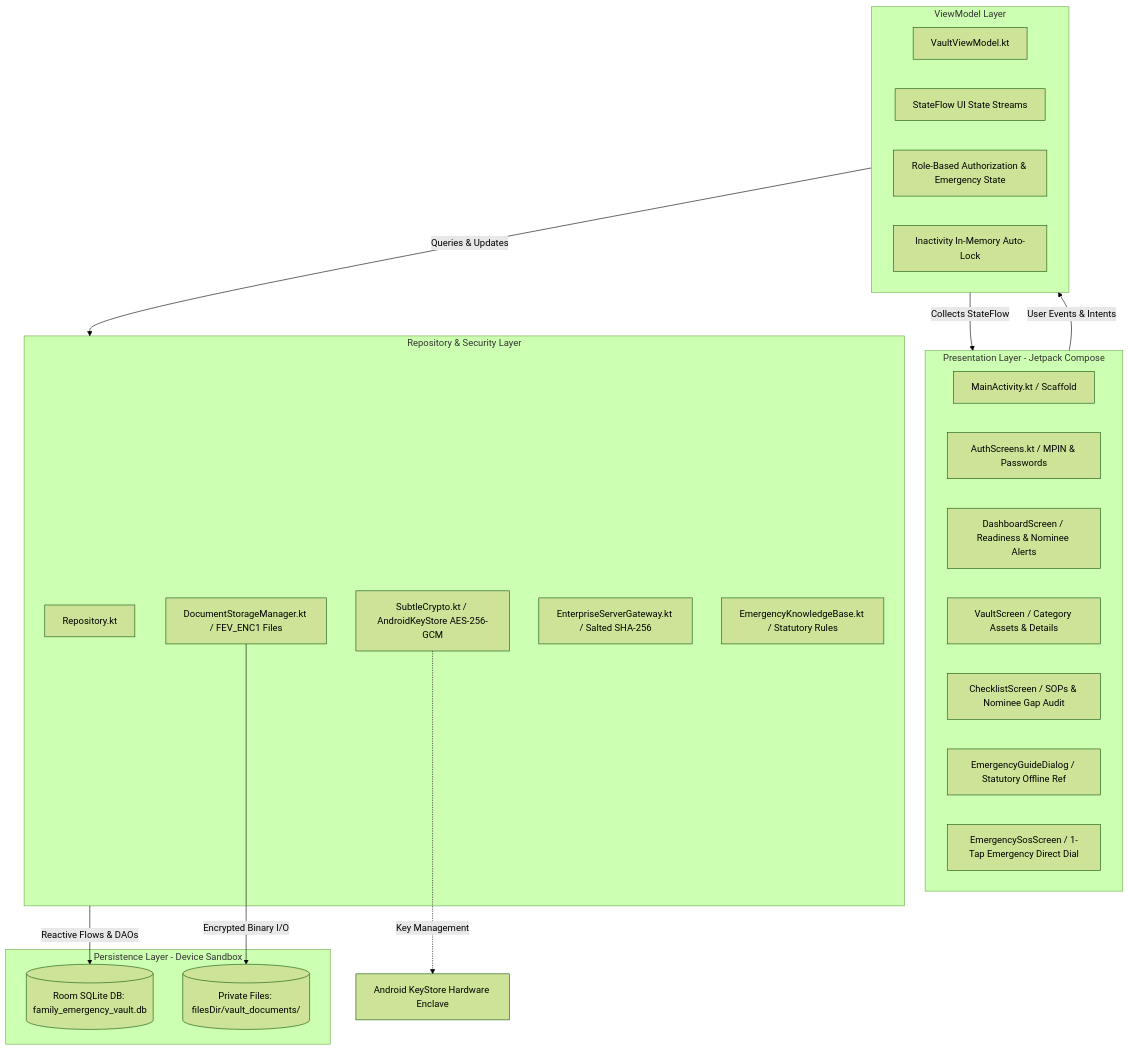
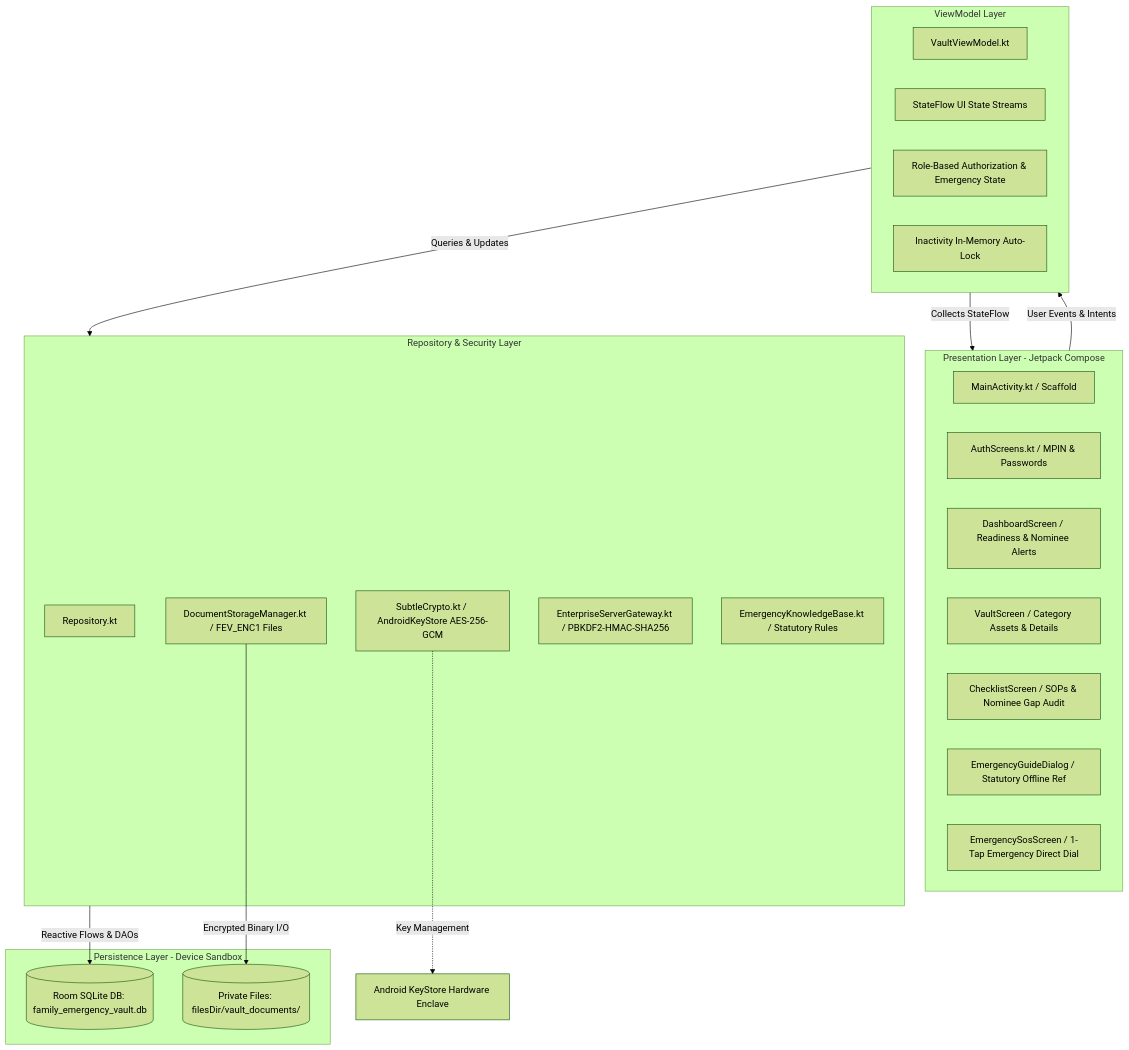
One commit to asm59-345/Family-Emergency-Vault- changed the first of 3 diagrams in architecture.md. Above: the diagram before and after it, drawn with Mermaid (forest theme). The commit also changed other lines of this file and 8 other files, not shown here.

````diff
--- a/architecture.md
+++ b/architecture.md
@@ -13,39 +13,39 @@
 ```mermaid
 graph TD
     subgraph UI_Layer [Presentation Layer - Jetpack Compose]
         MainActivity[MainActivity.kt / Scaffold]
         AuthView[AuthScreens.kt / MPIN & Passwords]
         DashboardView[DashboardScreen / Readiness & Nominee Alerts]
         VaultView[VaultScreen / Category Assets & Details]
         PlanView[ChecklistScreen / SOPs & Nominee Gap Audit]
         GuideDialog[EmergencyGuideDialog / Statutory Offline Ref]
         SosView[EmergencySosScreen / 1-Tap Emergency Direct Dial]
     end
 
     subgraph State_Layer [ViewModel Layer]
         VaultVM[VaultViewModel.kt]
         StateFlows[StateFlow UI State Streams]
         RoleGate[Role-Based Authorization & Emergency State]
         InactivityLock[Inactivity In-Memory Auto-Lock]
     end
 
     subgraph Domain_Data_Layer [Repository & Security Layer]
         Repo[Repository.kt]
         SubtleCryptoEngine[SubtleCrypto.kt / AndroidKeyStore AES-256-GCM]
         DocStorage[DocumentStorageManager.kt / FEV_ENC1 Files]
-        AuthGateway[EnterpriseServerGateway.kt / Salted SHA-256]
+        AuthGateway[EnterpriseServerGateway.kt / PBKDF2-HMAC-SHA256]
         OfflineKB[EmergencyKnowledgeBase.kt / Statutory Rules]
     end
 
     subgraph Storage_Layer [Persistence Layer - Device Sandbox]
         RoomDB[(Room SQLite DB: family_emergency_vault.db)]
         FilesDir[(Private Files: filesDir/vault_documents/)]
     end
 
     UI_Layer -->|User Events & Intents| State_Layer
     State_Layer -->|Collects StateFlow| UI_Layer
     State_Layer -->|Queries & Updates| Domain_Data_Layer
     Domain_Data_Layer -->|Reactive Flows & DAOs| RoomDB
     DocStorage -->|Encrypted Binary I/O| FilesDir
     SubtleCryptoEngine -.->|Key Management| AndroidKeyStore[Android KeyStore Hardware Enclave]
 ```
````
